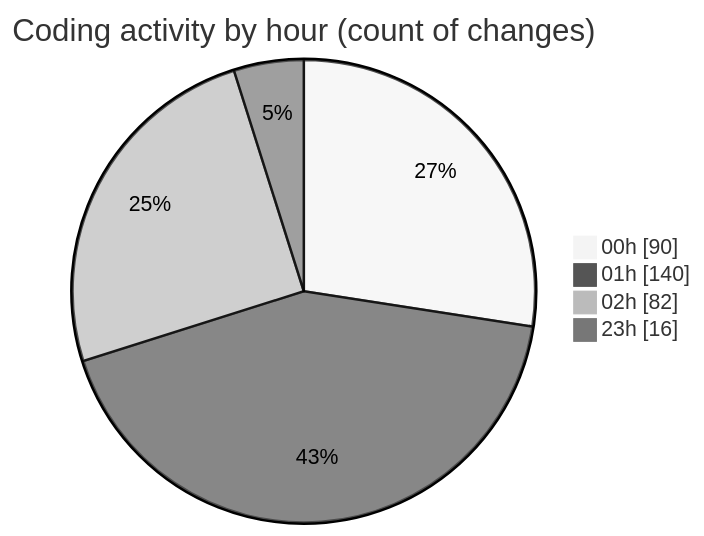
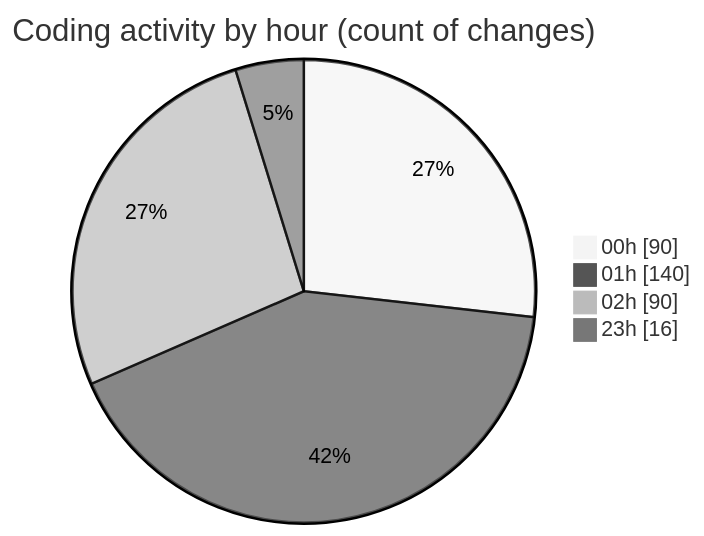
Before and after one commit to Ritupan-Deka/code-tracking: the second of 2 diagrams in 2025-05-26/projects/README.md, drawn with Mermaid (neutral theme). The commit also changed other lines of this file and 1 other file, not shown here.

````diff
--- a/2025-05-26/projects/README.md
+++ b/2025-05-26/projects/README.md
@@ -33,8 +33,8 @@
 ```mermaid
 pie showData
 title Coding activity by hour (count of changes)
 "00h" : 90
 "01h" : 140
-"02h" : 82
+"02h" : 90
 "23h" : 16
 ```
````
